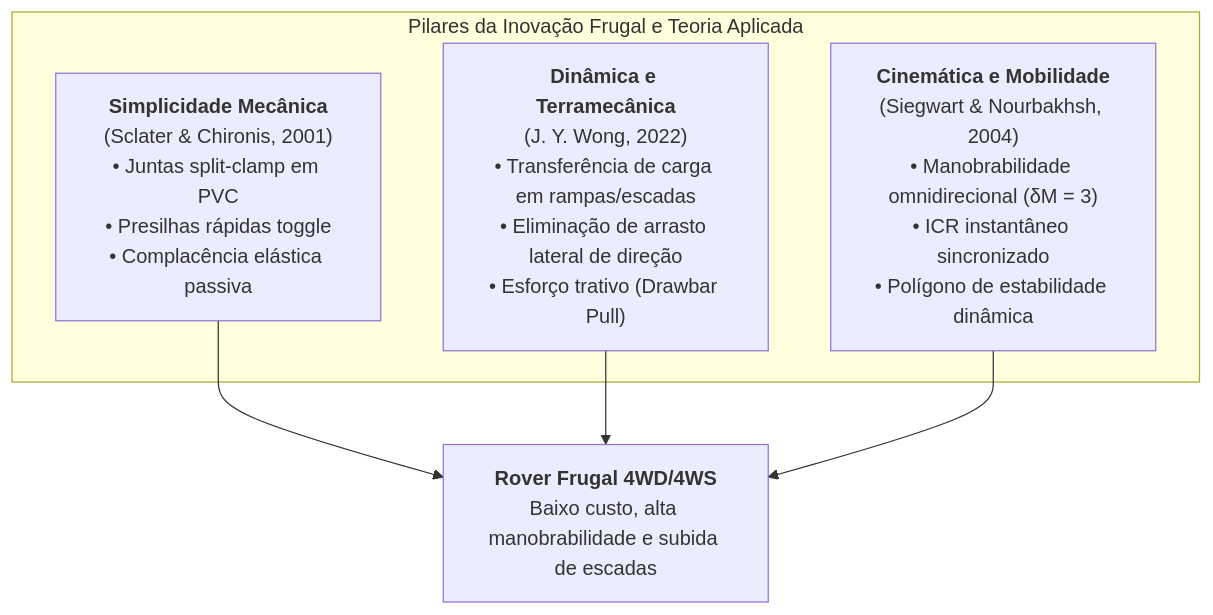
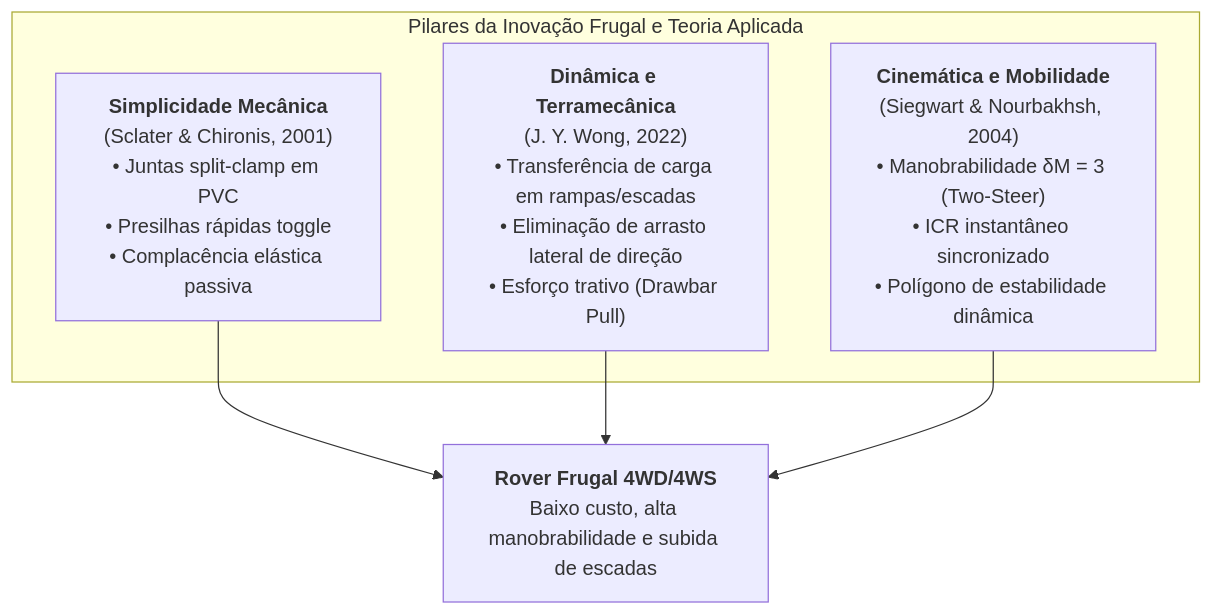
The first of 2 diagrams in 01_Planejamento_Geral/01_Visao_Geral_e_Escopo.md (eduardomatheusfigueira/rovers), drawn with Mermaid before and after one commit. The commit also changed other lines of this file and 38 other files, not shown here.

````diff
--- a/01_Planejamento_Geral/01_Visao_Geral_e_Escopo.md
+++ b/01_Planejamento_Geral/01_Visao_Geral_e_Escopo.md
@@ -12,10 +21,10 @@
 ```mermaid
 graph TD
     subgraph Pilares da Inovação Frugal e Teoria Aplicada
         F1["<b>Simplicidade Mecânica</b><br>(Sclater & Chironis, 2001)<br>• Juntas split-clamp em PVC<br>• Presilhas rápidas toggle<br>• Complacência elástica passiva"]
         F2["<b>Dinâmica e Terramecânica</b><br>(J. Y. Wong, 2022)<br>• Transferência de carga em rampas/escadas<br>• Eliminação de arrasto lateral de direção<br>• Esforço trativo (Drawbar Pull)"]
-        F3["<b>Cinemática e Mobilidade</b><br>(Siegwart & Nourbakhsh, 2004)<br>• Manobrabilidade omnidirecional (δM = 3)<br>• ICR instantâneo sincronizado<br>• Polígono de estabilidade dinâmica"]
+        F3["<b>Cinemática e Mobilidade</b><br>(Siegwart & Nourbakhsh, 2004)<br>• Manobrabilidade δM = 3 (Two-Steer)<br>• ICR instantâneo sincronizado<br>• Polígono de estabilidade dinâmica"]
     end
 
     F1 & F2 & F3 --> UGV["<b>Rover Frugal 4WD/4WS</b><br>Baixo custo, alta manobrabilidade e subida de escadas"]
 ```
````
